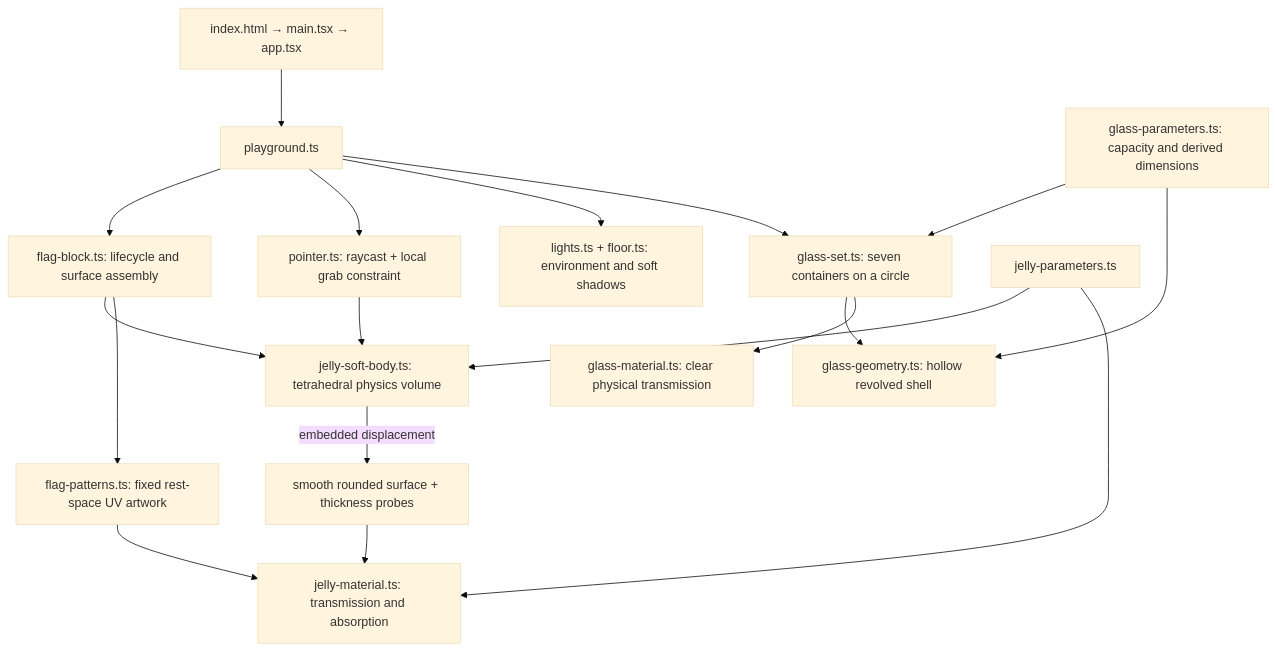
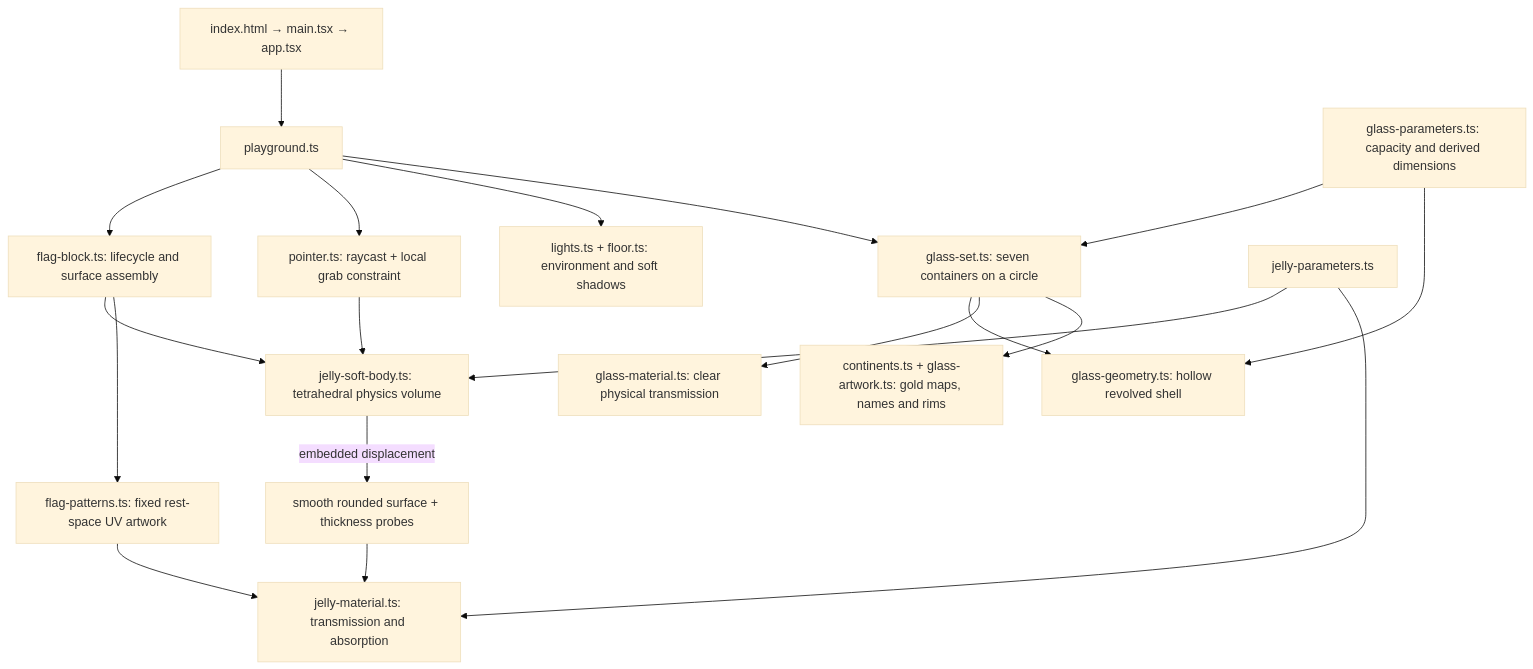
One commit to arvikachristy/semesta changed the diagram in README.md. Above: the diagram before and after it, drawn with Mermaid (base theme). The commit also changed other lines of this file and 19 other files, not shown here.

Commit message:
feat: plate continent maps onto amber glass circle

````diff
--- a/README.md
+++ b/README.md
@@ -24,20 +24,21 @@
 ```mermaid
 flowchart TD
   entry["index.html → main.tsx → app.tsx"] --> scene["playground.ts"]
   scene --> block["flag-block.ts: lifecycle and surface assembly"]
   block --> volume["jelly-soft-body.ts: tetrahedral physics volume"]
   volume -->|embedded displacement| surface["smooth rounded surface + thickness probes"]
   block --> pattern["flag-patterns.ts: fixed rest-space UV artwork"]
   surface --> material["jelly-material.ts: transmission and absorption"]
   pattern --> material
   scene --> input["pointer.ts: raycast + local grab constraint"]
   input --> volume
   scene --> lighting["lights.ts + floor.ts: environment and soft shadows"]
   scene --> glasses["glass-set.ts: seven containers on a circle"]
   glasses --> glassGeometry["glass-geometry.ts: hollow revolved shell"]
   glasses --> glassMaterial["glass-material.ts: clear physical transmission"]
+  glasses --> continentArt["continents.ts + glass-artwork.ts: gold maps, names and rims"]
   glassConfig["glass-parameters.ts: capacity and derived dimensions"] --> glasses
   glassConfig --> glassGeometry
   config["jelly-parameters.ts"] --> volume
   config --> material
 ```
````
